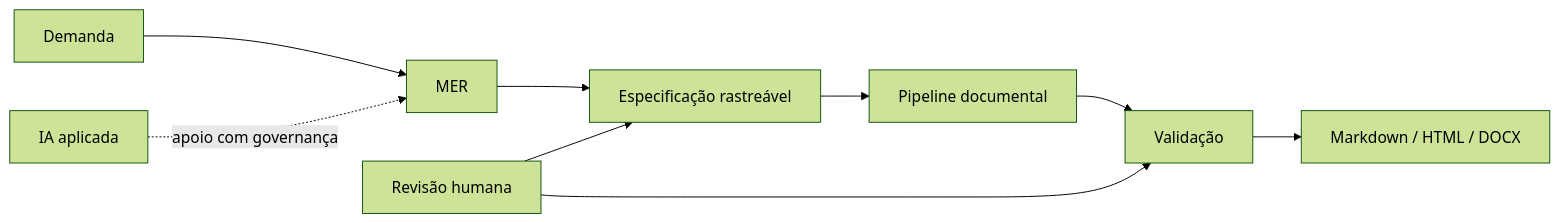
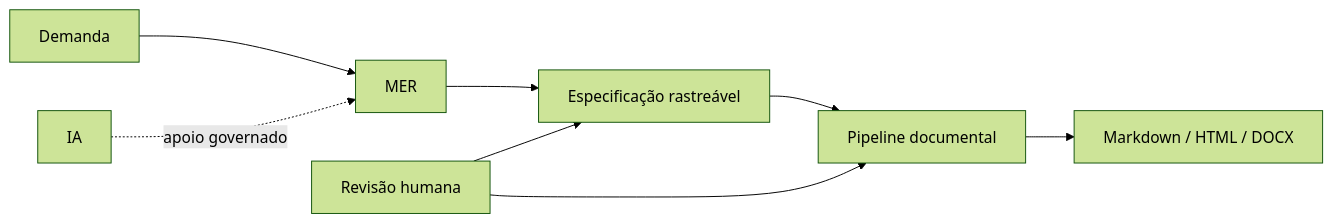
One commit to LSANTOSSS/SAF changed the diagram in README.md. Above: the diagram before and after it, drawn with Mermaid (forest theme). The commit also changed other lines of this file and 9 other files, not shown here.

````diff
--- a/README.md
+++ b/README.md
@@ -25,11 +21,10 @@
 ```mermaid
 flowchart LR
     A[Demanda] --> B[MER]
     B --> C[Especificação rastreável]
-    D[IA aplicada] -. apoio com governança .-> B
+    D[IA] -. apoio governado .-> B
     C --> E[Pipeline documental]
-    E --> F[Validação]
-    F --> G[Markdown / HTML / DOCX]
-    H[Revisão humana] --> C
-    H --> F
+    E --> F[Markdown / HTML / DOCX]
+    G[Revisão humana] --> C
+    G --> E
 ```
````
